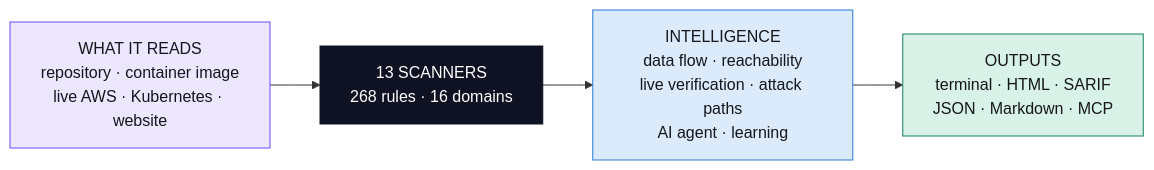
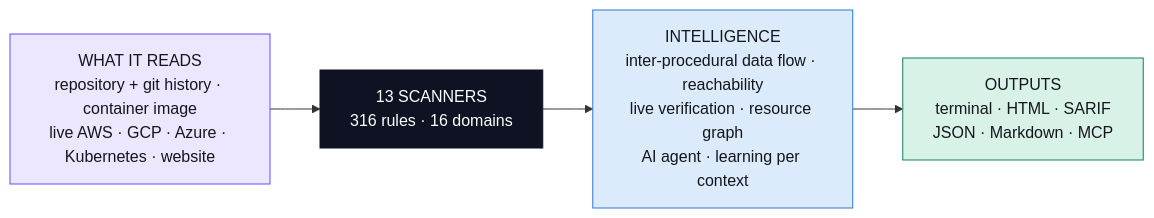
Before and after one commit to Houssam2510/rempart: the first of 3 diagrams in README.md, drawn with Mermaid. The commit also changed other lines of this file and 17 other files, not shown here.

````diff
--- a/README.md
+++ b/README.md
@@ -84,12 +91,12 @@
 ```mermaid
 flowchart LR
-    IN["WHAT IT READS<br/>repository · container image<br/>live AWS · Kubernetes · website"]
-    SC["13 SCANNERS<br/>268 rules · 16 domains"]
-    IQ["INTELLIGENCE<br/>data flow · reachability<br/>live verification · attack paths<br/>AI agent · learning"]
+    IN["WHAT IT READS<br/>repository + git history · container image<br/>live AWS · GCP · Azure · Kubernetes · website"]
+    SC["13 SCANNERS<br/>316 rules · 16 domains"]
+    IQ["INTELLIGENCE<br/>inter-procedural data flow · reachability<br/>live verification · resource graph<br/>AI agent · learning per context"]
     OUT["OUTPUTS<br/>terminal · HTML · SARIF<br/>JSON · Markdown · MCP"]
     IN --> SC --> IQ --> OUT
     style IN fill:#ece6ff,stroke:#6d4aff,color:#14161b
     style SC fill:#0f1222,stroke:#0f1222,color:#ffffff
     style IQ fill:#dcebfb,stroke:#2a78d6,color:#14161b
     style OUT fill:#d9f2e8,stroke:#12805c,color:#14161b
 ```
````
